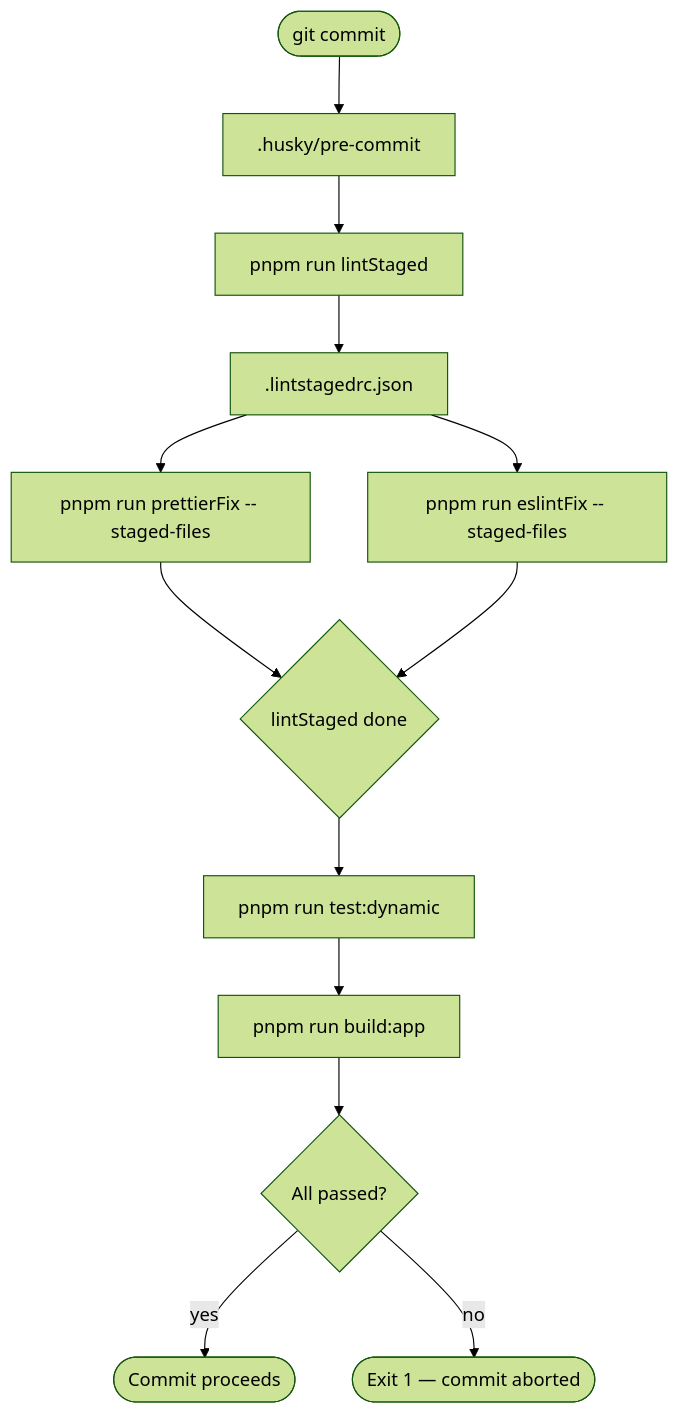
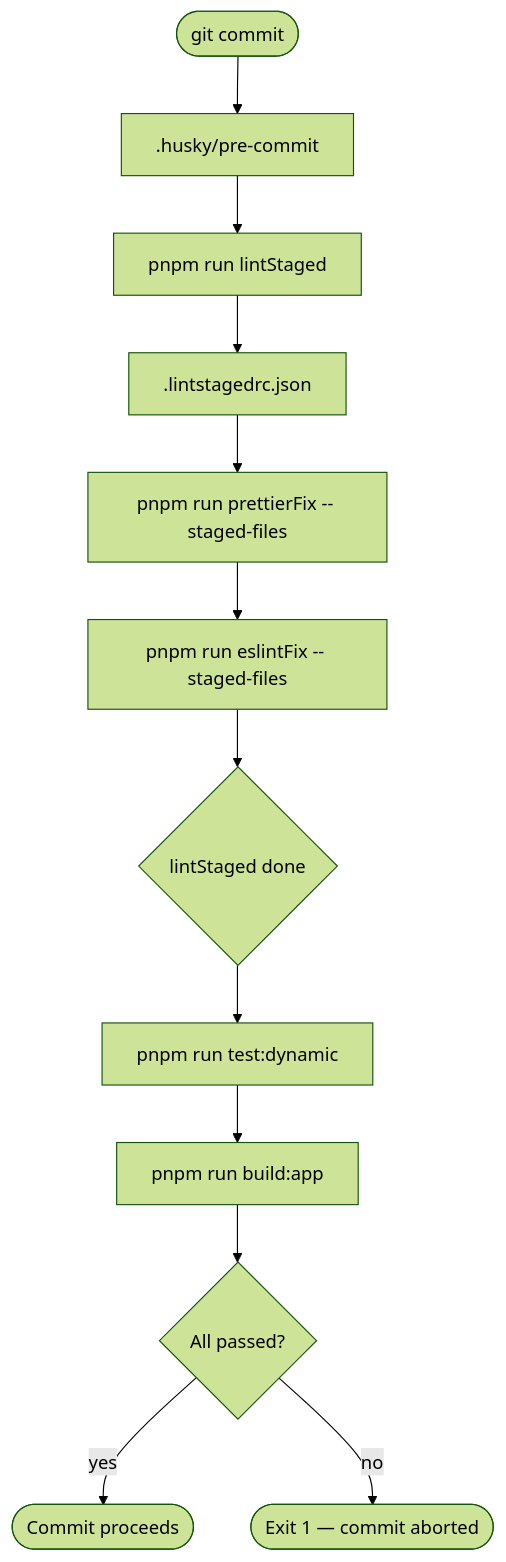
Before and after one commit to virgenherrera/nest-base: the first of 2 diagrams in ECHO-SYSTEM.md, drawn with Mermaid (forest theme). The commit also changed other lines of this file and 1 other file, not shown here.

````diff
--- a/ECHO-SYSTEM.md
+++ b/ECHO-SYSTEM.md
@@ -94,20 +97,18 @@
 ```mermaid
 flowchart TD
     A([git commit]) --> B[.husky/pre-commit]
 
     B --> C[pnpm run lintStaged]
 
     C --> D[.lintstagedrc.json]
     D --> E[pnpm run prettierFix -- staged-files]
-    D --> F[pnpm run eslintFix -- staged-files]
-
-    E --> G{lintStaged done}
-    F --> G
+    E --> F[pnpm run eslintFix -- staged-files]
+    F --> G{lintStaged done}
 
     G --> H[pnpm run test:dynamic]
     H --> I[pnpm run build:app]
 
     I --> J{All passed?}
     J -- yes --> K([Commit proceeds])
     J -- no --> L([Exit 1 — commit aborted])
 ```
````
